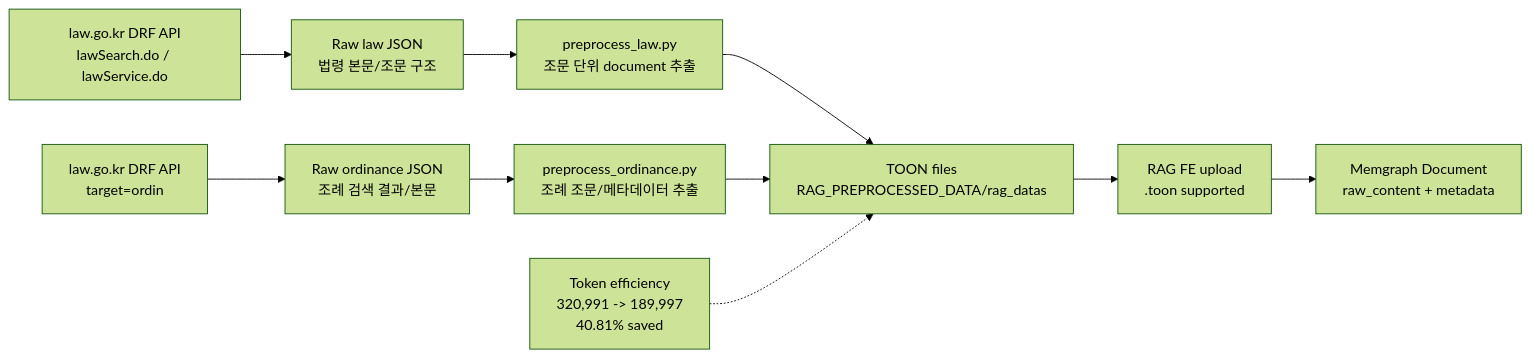
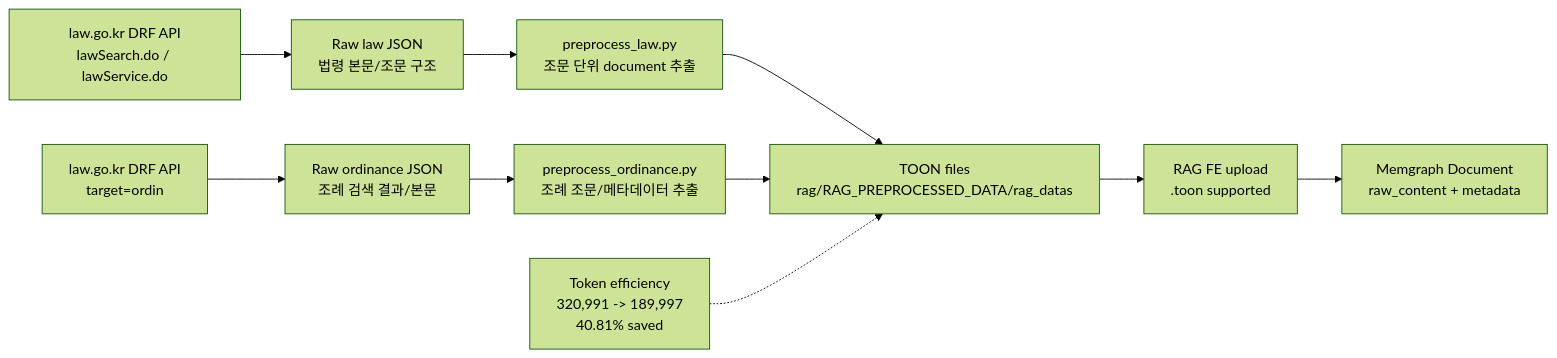
One commit to vosnuev/elderly-legal-rag changed the diagram in presentation/script-demo/reference-diagrams/slide-04-data-toon-preprocess.md. Above: the diagram before and after it, drawn with Mermaid (forest theme). The commit also changed other lines of this file and 68 other files, not shown here.

````diff
--- a/presentation/script-demo/reference-diagrams/slide-04-data-toon-preprocess.md
+++ b/presentation/script-demo/reference-diagrams/slide-04-data-toon-preprocess.md
@@ -23,16 +23,16 @@
 ```mermaid
 flowchart LR
     LawApi["law.go.kr DRF API\nlawSearch.do / lawService.do"] --> RawLawJson["Raw law JSON\n법령 본문/조문 구조"]
     OrdinApi["law.go.kr DRF API\ntarget=ordin"] --> RawOrdinJson["Raw ordinance JSON\n조례 검색 결과/본문"]
 
     RawLawJson --> LawPreprocess["preprocess_law.py\n조문 단위 document 추출"]
     RawOrdinJson --> OrdinPreprocess["preprocess_ordinance.py\n조례 조문/메타데이터 추출"]
 
-    LawPreprocess --> Toon["TOON files\nRAG_PREPROCESSED_DATA/rag_datas"]
+    LawPreprocess --> Toon["TOON files\nrag/RAG_PREPROCESSED_DATA/rag_datas"]
     OrdinPreprocess --> Toon
 
     Toon --> RagUpload["RAG FE upload\n.toon supported"]
     RagUpload --> MemgraphDoc["Memgraph Document\nraw_content + metadata"]
 
     TokenStats["Token efficiency\n320,991 -> 189,997\n40.81% saved"] -.-> Toon
 ```
````
